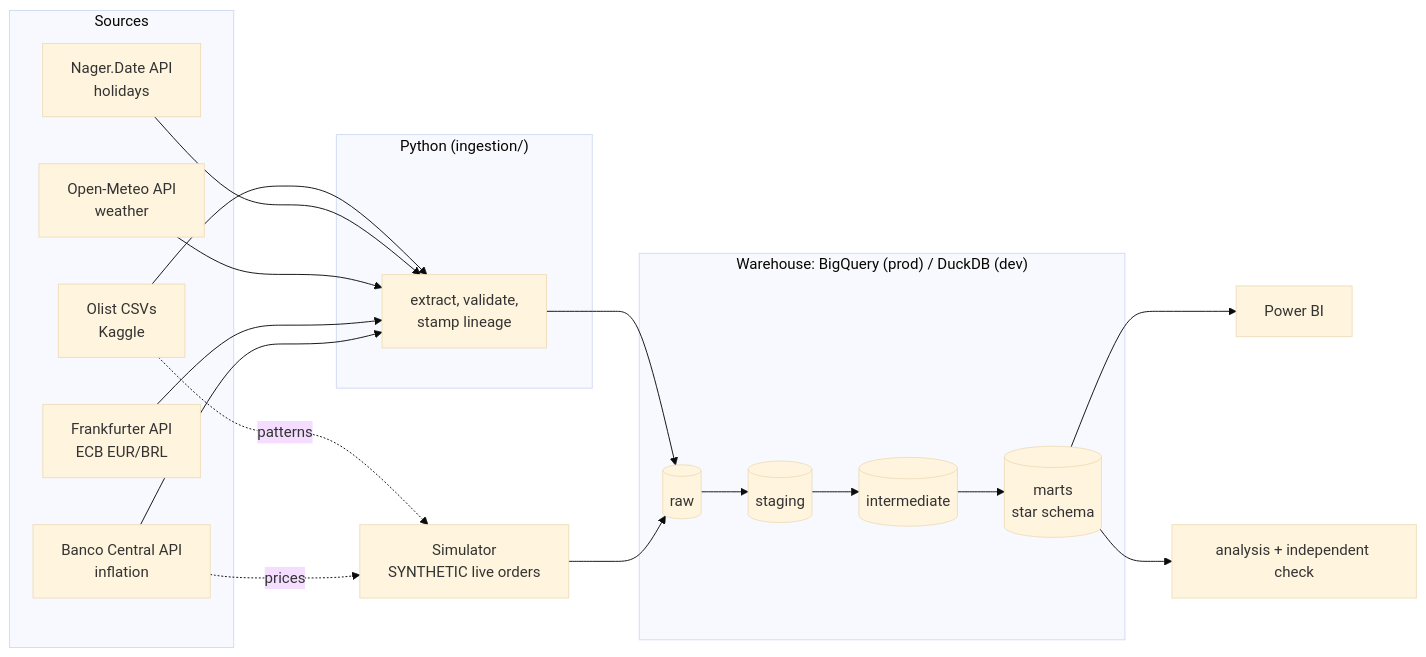
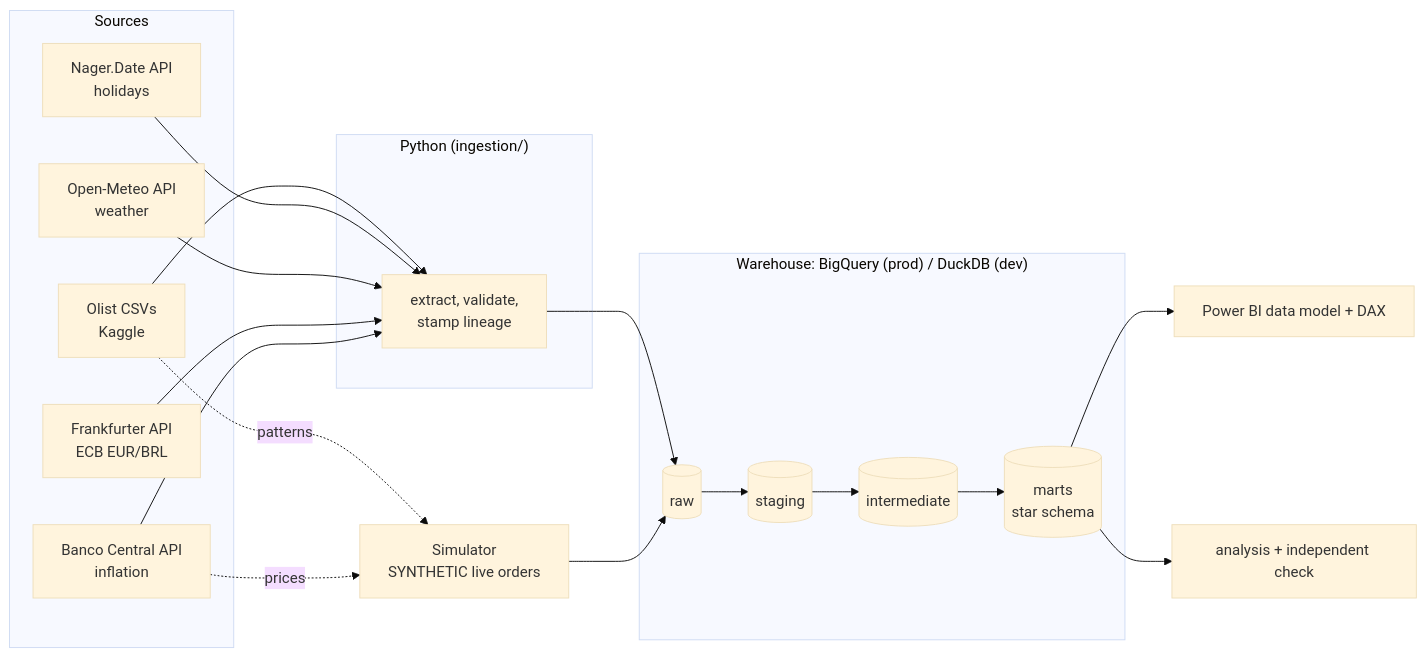
One commit to airlhorm1-del/delivery-risk-analytics changed the diagram in README.md. Above: the diagram before and after it, drawn with Mermaid (base theme). The commit also changed other lines of this file and 4 other files, not shown here.

````diff
--- a/README.md
+++ b/README.md
@@ -83,23 +83,23 @@
 ```mermaid
 flowchart LR
     subgraph Sources
         K[Olist CSVs<br/>Kaggle]
         H[Nager.Date API<br/>holidays]
         W[Open-Meteo API<br/>weather]
         F[Frankfurter API<br/>ECB EUR/BRL]
         B[Banco Central API<br/>inflation]
     end
     SIM[Simulator<br/>SYNTHETIC live orders]
     subgraph Python["Python (ingestion/)"]
         E[extract, validate,<br/>stamp lineage]
     end
     subgraph Warehouse["Warehouse: BigQuery (prod) / DuckDB (dev)"]
         R[(raw)] --> S[(staging)] --> I[(intermediate)] --> M[(marts<br/>star schema)]
     end
     K & H & W & F & B --> E --> R
     K -. patterns .-> SIM
     B -. prices .-> SIM
     SIM --> R
-    M --> P[Power BI]
+    M --> P[Power BI data model + DAX]
     M --> A[analysis + independent check]
 ```
````
